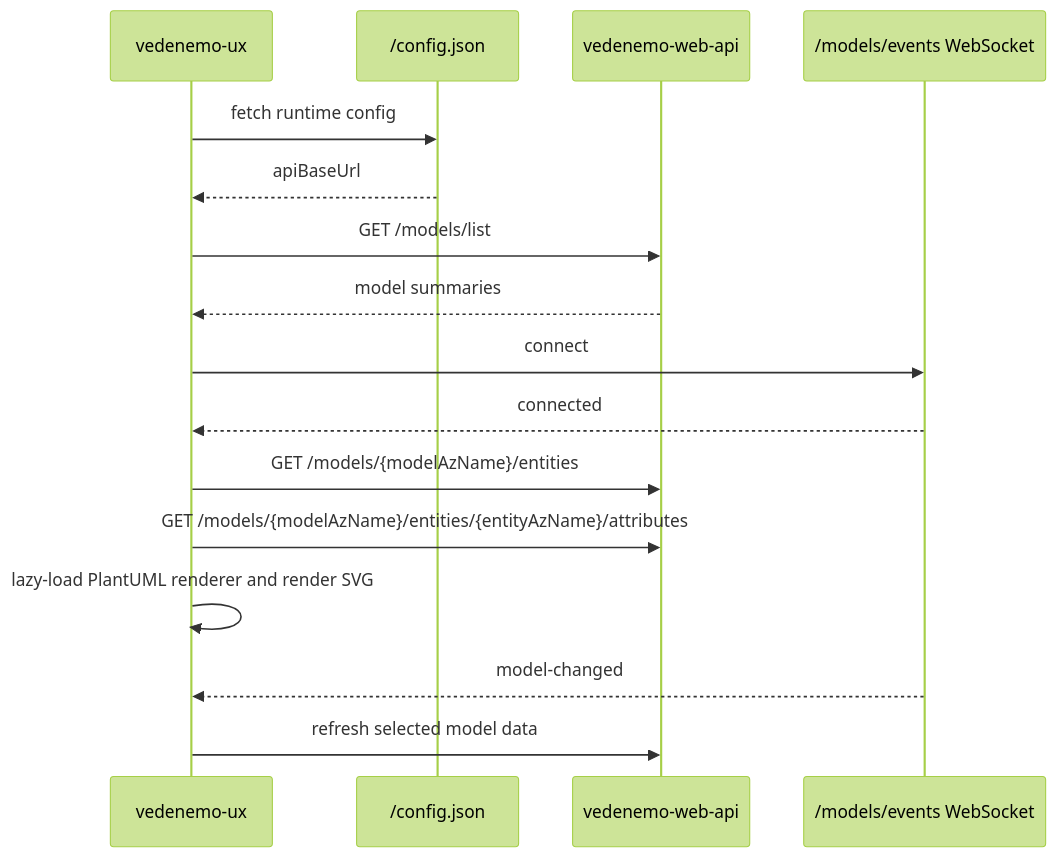
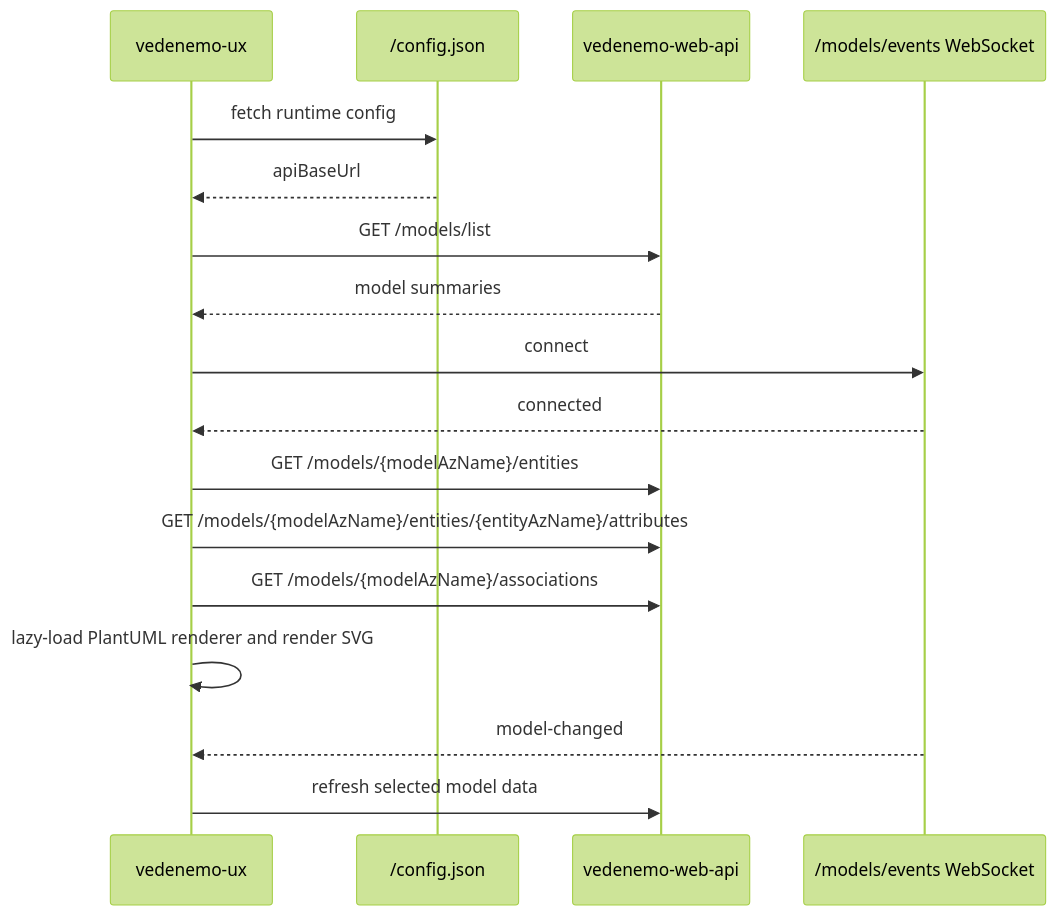
Before and after one commit to VedenemoDev/VedenemoMonorepo: the seventh of 8 diagrams in docs/architecture_doc.md, drawn with Mermaid (forest theme). The commit also changed other lines of this file and 41 other files, not shown here.

Commit message:
Implement directed model associations

````diff
--- a/docs/architecture_doc.md
+++ b/docs/architecture_doc.md
@@ -580,19 +616,20 @@
 ```mermaid
 sequenceDiagram
     participant UX as vedenemo-ux
     participant Config as /config.json
     participant API as vedenemo-web-api
     participant Events as /models/events WebSocket
 
     UX->>Config: fetch runtime config
     Config-->>UX: apiBaseUrl
     UX->>API: GET /models/list
     API-->>UX: model summaries
     UX->>Events: connect
     Events-->>UX: connected
     UX->>API: GET /models/{modelAzName}/entities
     UX->>API: GET /models/{modelAzName}/entities/{entityAzName}/attributes
+    UX->>API: GET /models/{modelAzName}/associations
     UX->>UX: lazy-load PlantUML renderer and render SVG
     Events-->>UX: model-changed
     UX->>API: refresh selected model data
 ```
````
